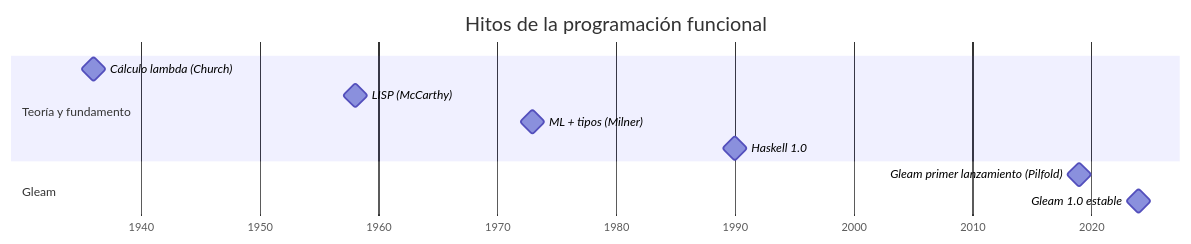
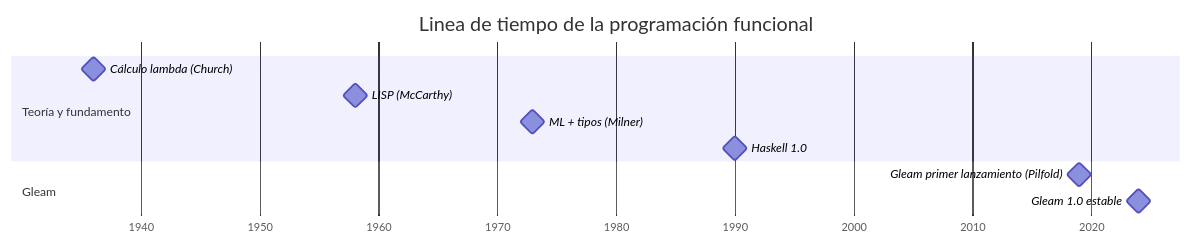
One commit to Pabblin/programacionlogicayfuncional changed the diagram in research/Línea de tiempo de la programación funcional: de 1930 a Gleam (2024)/readme.md. Above: the diagram before and after it, drawn with Mermaid.

````diff
--- a/research/Línea de tiempo de la programación funcional: de 1930 a Gleam (2024)/readme.md
+++ b/research/Línea de tiempo de la programación funcional: de 1930 a Gleam (2024)/readme.md
@@ -27,16 +27,16 @@
 ```mermaid
 gantt
-    title Hitos de la programación funcional
+    title Linea de tiempo de la programación funcional
     dateFormat YYYY
     axisFormat %Y
 
     section Teoría y fundamento
     Cálculo lambda (Church)           :milestone, 1936, 0d
     LISP (McCarthy)                   :milestone, 1958, 0d
     ML + tipos (Milner)               :milestone, 1973, 0d
     Haskell 1.0                       :milestone, 1990, 0d
 
     section Gleam
     Gleam primer lanzamiento (Pilfold) :milestone, 2019, 0d
     Gleam 1.0 estable                 :milestone, 2024, 0d
 ```
````
